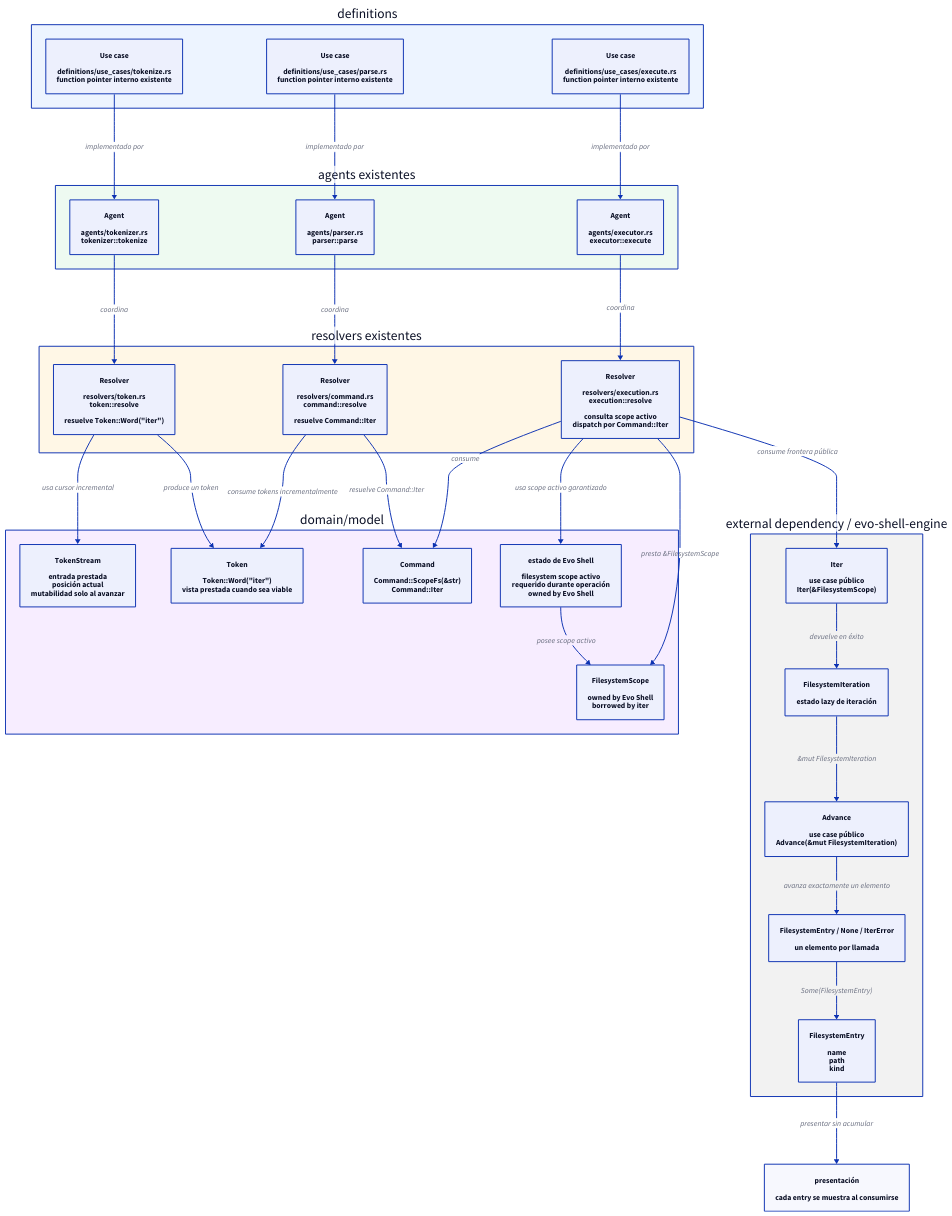
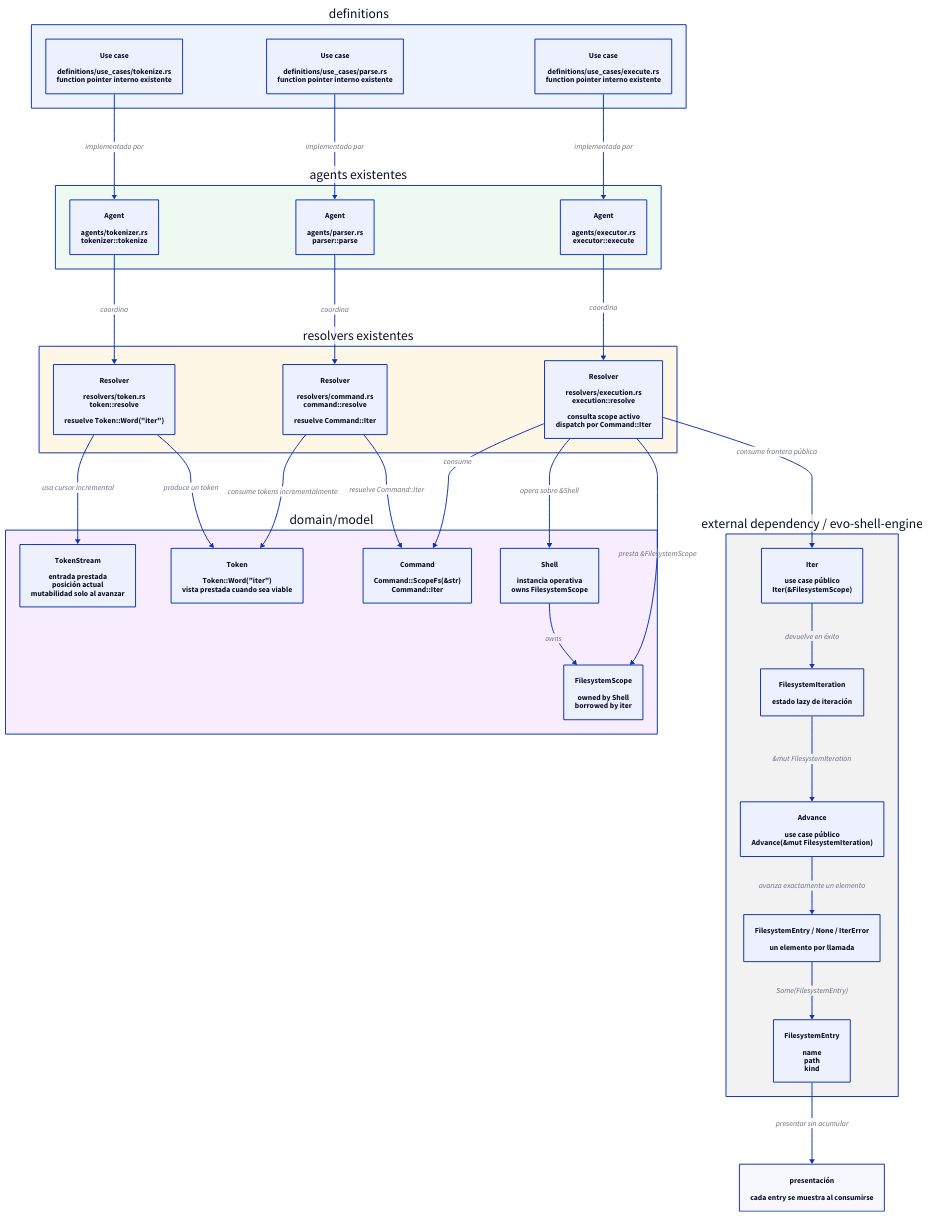
Before and after one commit to niqel/evolution: the diagram in evo-shell/technical_documentation/use_cases/UC-002-iterate-filesystem-scope-command/architecture.d2, drawn with D2. The commit also changed 10 other files, not shown here.

Commit message:
docs: define shell initialization architecture

```diff
--- a/evo-shell/technical_documentation/use_cases/UC-002-iterate-filesystem-scope-command/architecture.d2
+++ b/evo-shell/technical_documentation/use_cases/UC-002-iterate-filesystem-scope-command/architecture.d2
@@ -1,124 +1,124 @@
 direction: down
 
 definitions: "definitions" {
   style.fill: "#edf4ff"
 
   tokenize: "Use case\n\ndefinitions/use_cases/tokenize.rs\nfunction pointer interno existente" {
     shape: rectangle
   }
 
   parse: "Use case\n\ndefinitions/use_cases/parse.rs\nfunction pointer interno existente" {
     shape: rectangle
   }
 
   execute: "Use case\n\ndefinitions/use_cases/execute.rs\nfunction pointer interno existente" {
     shape: rectangle
   }
 }
 
 agents: "agents existentes" {
   style.fill: "#eefaf1"
 
   tokenizer: "Agent\n\nagents/tokenizer.rs\ntokenizer::tokenize" {
     shape: rectangle
   }
 
   parser: "Agent\n\nagents/parser.rs\nparser::parse" {
     shape: rectangle
   }
 
   executor: "Agent\n\nagents/executor.rs\nexecutor::execute" {
     shape: rectangle
   }
 }
 
 resolvers: "resolvers existentes" {
   style.fill: "#fff7e6"
 
   token: "Resolver\n\nresolvers/token.rs\ntoken::resolve\n\nresuelve Token::Word(\"iter\")" {
     shape: rectangle
   }
 
   command: "Resolver\n\nresolvers/command.rs\ncommand::resolve\n\nresuelve Command::Iter" {
     shape: rectangle
   }
 
   execution: "Resolver\n\nresolvers/execution.rs\nexecution::resolve\n\nconsulta scope activo\ndispatch por Command::Iter" {
     shape: rectangle
   }
 }
 
 domain: "domain/model" {
   style.fill: "#f7edff"
 
   token_stream: "TokenStream\n\nentrada prestada\nposición actual\nmutabilidad solo al avanzar" {
     shape: rectangle
   }
 
   token_model: "Token\n\nToken::Word(\"iter\")\nvista prestada cuando sea viable" {
     shape: rectangle
   }
 
   command_model: "Command\n\nCommand::ScopeFs(&str)\nCommand::Iter" {
     shape: rectangle
   }
 
-  shell_state: "estado de Evo Shell\n\nfilesystem scope activo\nrequerido durante operación\nowned by Evo Shell" {
+  shell: "Shell\n\ninstancia operativa\nowns FilesystemScope" {
     shape: rectangle
   }
 
-  filesystem_scope: "FilesystemScope\n\nowned by Evo Shell\nborrowed by iter" {
+  filesystem_scope: "FilesystemScope\n\nowned by Shell\nborrowed by iter" {
     shape: rectangle
   }
 }
 
 external: "external dependency / evo-shell-engine" {
   style.fill: "#f2f2f2"
 
   iter_use_case: "Iter\n\nuse case público\nIter(&FilesystemScope)" {
     shape: rectangle
   }
 
   filesystem_iteration: "FilesystemIteration\n\nestado lazy de iteración" {
     shape: rectangle
   }
 
   advance_use_case: "Advance\n\nuse case público\nAdvance(&mut FilesystemIteration)" {
     shape: rectangle
   }
 
   advance_result: "FilesystemEntry / None / IterError\n\nun elemento por llamada" {
     shape: rectangle
   }
 
   filesystem_entry: "FilesystemEntry\n\nname\npath\nkind" {
     shape: rectangle
   }
 }
 
 presentation: "presentación\n\ncada entry se muestra al consumirse" {
   shape: rectangle
 }
 
 definitions.tokenize -> agents.tokenizer: "implementado por"
 agents.tokenizer -> resolvers.token: "coordina"
 resolvers.token -> domain.token_stream: "usa cursor incremental"
 resolvers.token -> domain.token_model: "produce un token"
 
 definitions.parse -> agents.parser: "implementado por"
 agents.parser -> resolvers.command: "coordina"
 resolvers.command -> domain.token_model: "consume tokens incrementalmente"
 resolvers.command -> domain.command_model: "resuelve Command::Iter"
 
 definitions.execute -> agents.executor: "implementado por"
 agents.executor -> resolvers.execution: "coordina"
 resolvers.execution -> domain.command_model: "consume"
-resolvers.execution -> domain.shell_state: "usa scope activo garantizado"
-domain.shell_state -> domain.filesystem_scope: "posee scope activo"
+resolvers.execution -> domain.shell: "opera sobre &Shell"
+domain.shell -> domain.filesystem_scope: "owns"
 resolvers.execution -> domain.filesystem_scope: "presta &FilesystemScope"
 resolvers.execution -> external.iter_use_case: "consume frontera pública"
 external.iter_use_case -> external.filesystem_iteration: "devuelve en éxito"
 external.filesystem_iteration -> external.advance_use_case: "&mut FilesystemIteration"
 external.advance_use_case -> external.advance_result: "avanza exactamente un elemento"
 external.advance_result -> external.filesystem_entry: "Some(FilesystemEntry)"
 external.filesystem_entry -> presentation: "presentar sin acumular"
```
